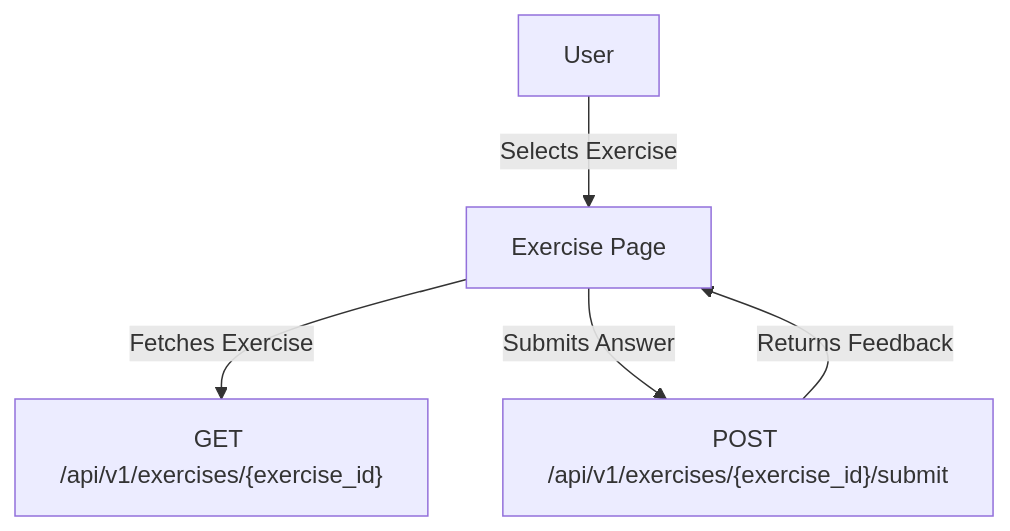
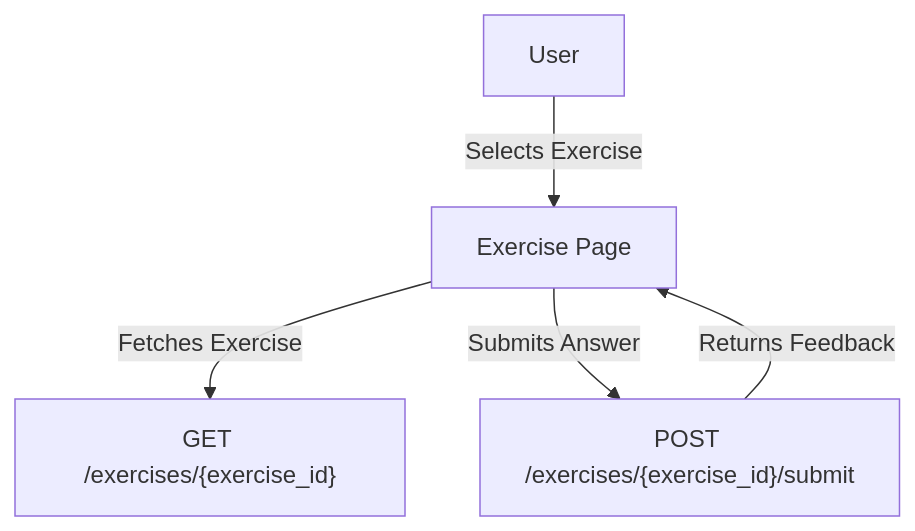
The diagram in docs/features/exercise-interaction.md (husams/grammar-anatomy-interactive), drawn with Mermaid before and after one commit. The commit also changed other lines of this file and 5880 other files, not shown here.

````diff
--- a/docs/features/exercise-interaction.md
+++ b/docs/features/exercise-interaction.md
@@ -15,7 +15,7 @@
 ```mermaid
 flowchart TD
     User["User"] -->|"Selects Exercise"| ExercisePage["Exercise Page"]
-    ExercisePage -->|"Fetches Exercise"| ExerciseAPI["GET /api/v1/exercises/{exercise_id}"]
-    ExercisePage -->|"Submits Answer"| SubmitAPI["POST /api/v1/exercises/{exercise_id}/submit"]
+    ExercisePage -->|"Fetches Exercise"| ExerciseAPI["GET /exercises/{exercise_id}"]
+    ExercisePage -->|"Submits Answer"| SubmitAPI["POST /exercises/{exercise_id}/submit"]
     SubmitAPI -->|"Returns Feedback"| ExercisePage
 ```
````
